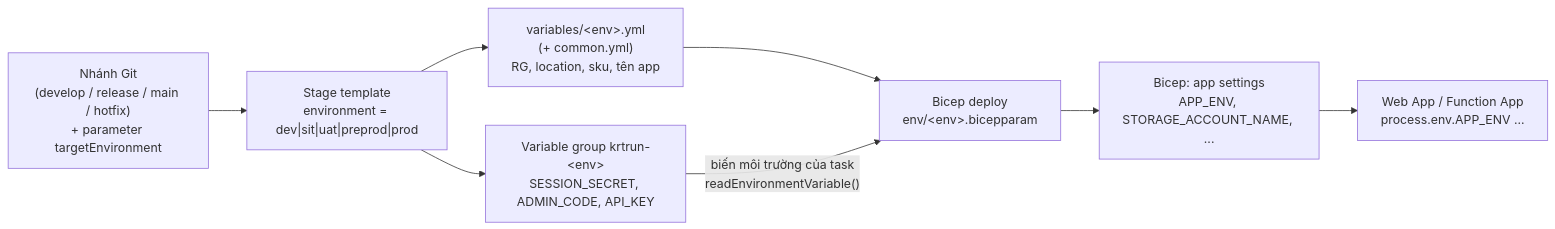
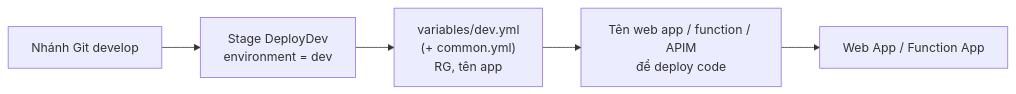
Before and after one commit to qlap04/KRT-run-app: the first of 2 diagrams in docs/SETUP_vi.md, drawn with Mermaid. The commit also changed other lines of this file and 7 other files, not shown here.

First line of the commit message:
ci(pipeline)!: keep only the dev environment

````diff
--- a/docs/SETUP_vi.md
+++ b/docs/SETUP_vi.md
@@ -41,10 +41,7 @@
 ```mermaid
 flowchart LR
-  A["Nhánh Git<br/>(develop / release / main / hotfix)<br/>+ parameter targetEnvironment"] --> B["Stage template<br/>environment = dev|sit|uat|preprod|prod"]
-  B --> C["variables/&lt;env&gt;.yml<br/>(+ common.yml)<br/>RG, location, sku, tên app"]
-  B --> G["Variable group krtrun-&lt;env&gt;<br/>SESSION_SECRET, ADMIN_CODE, API_KEY"]
-  C --> D["Bicep deploy<br/>env/&lt;env&gt;.bicepparam"]
-  G -->|"biến môi trường của task<br/>readEnvironmentVariable()"| D
-  D --> E["Bicep: app settings<br/>APP_ENV, STORAGE_ACCOUNT_NAME, ..."]
-  E --> F["Web App / Function App<br/>process.env.APP_ENV ..."]
+  A["Nhánh Git develop"] --> B["Stage DeployDev<br/>environment = dev"]
+  B --> C["variables/dev.yml<br/>(+ common.yml)<br/>RG, tên app"]
+  C --> E["Tên web app / function / APIM<br/>để deploy code"]
+  E --> F["Web App / Function App"]
 ```
````
